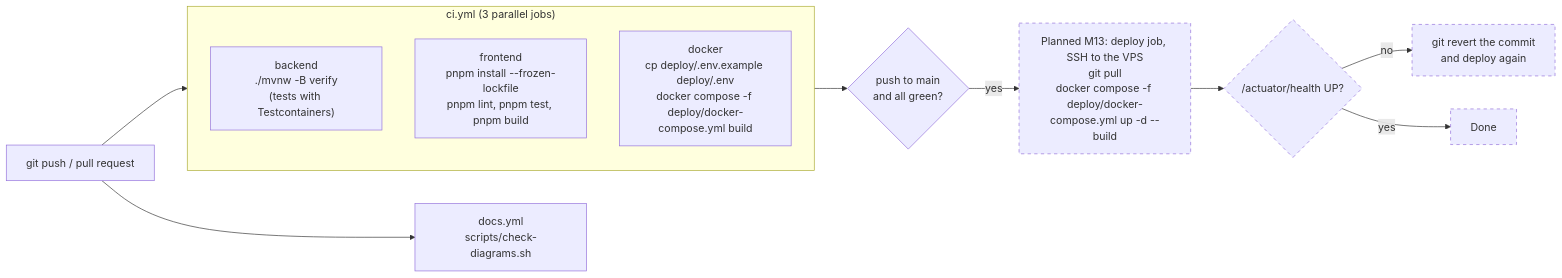
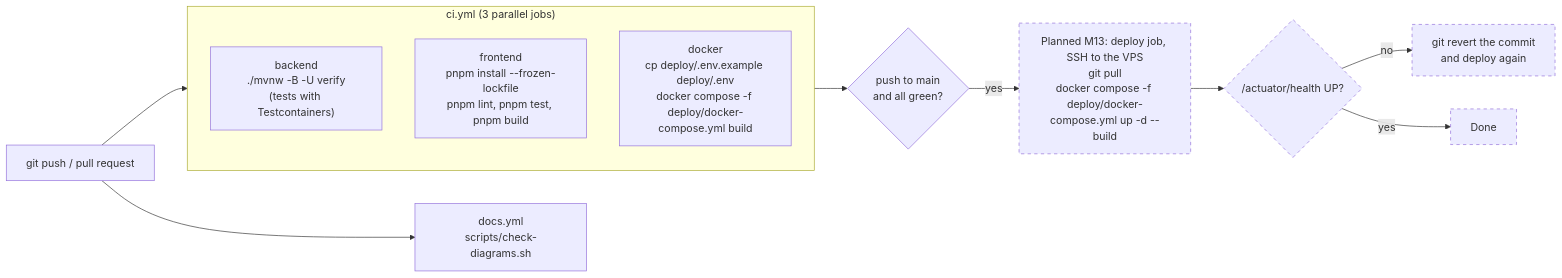
The second of 3 diagrams in docs/10-deployment.md (Iyed-M/olive-connect), drawn with Mermaid before and after one commit. The commit also changed 2 other files, not shown here.

Commit message:
ci: force Maven to re-check releases cached as absent (-U)

````diff
--- a/docs/10-deployment.md
+++ b/docs/10-deployment.md
@@ -69,16 +69,16 @@
 ```mermaid
 flowchart LR
     A["git push / pull request"] --> CI
     subgraph CI["ci.yml (3 parallel jobs)"]
-        B["backend<br/>./mvnw -B verify<br/>(tests with Testcontainers)"]
+        B["backend<br/>./mvnw -B -U verify<br/>(tests with Testcontainers)"]
         C["frontend<br/>pnpm install --frozen-lockfile<br/>pnpm lint, pnpm test, pnpm build"]
         D["docker<br/>cp deploy/.env.example deploy/.env<br/>docker compose -f deploy/docker-compose.yml build"]
     end
     A --> DOC["docs.yml<br/>scripts/check-diagrams.sh"]
     CI --> M{"push to main<br/>and all green?"}
     M -- yes --> E["Planned M13: deploy job, SSH to the VPS<br/>git pull<br/>docker compose -f deploy/docker-compose.yml up -d --build"]:::planned
     E --> F{"/actuator/health UP?"}:::planned
     F -- no --> G["git revert the commit<br/>and deploy again"]:::planned
     F -- yes --> H[Done]:::planned
     classDef planned stroke-dasharray: 5 5
 ```
````
